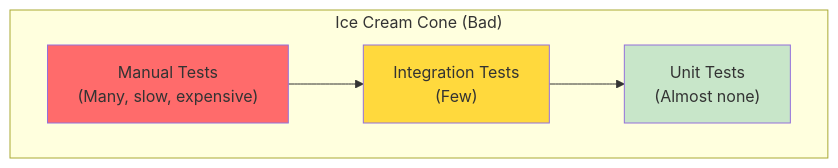
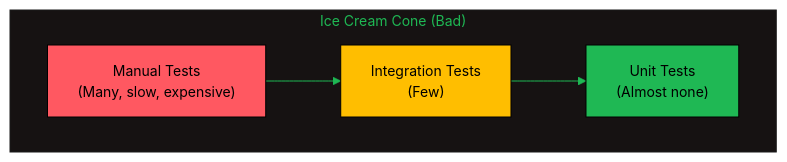
The third of 3 diagrams in career-path/10_Quality_and_Test_Engineering/01_Test_Strategy/02_Test_Levels_and_Scope.md (oat431/swe-knowledge), drawn with Mermaid before and after one commit. The commit also changed other lines of this file and 893 other files, not shown here.

````diff
--- a/career-path/10_Quality_and_Test_Engineering/01_Test_Strategy/02_Test_Levels_and_Scope.md
+++ b/career-path/10_Quality_and_Test_Engineering/01_Test_Strategy/02_Test_Levels_and_Scope.md
@@ -229,14 +231,15 @@
 ```mermaid
+%%{init: {'theme':'base','themeVariables':{'primaryColor':'#19362D','primaryTextColor':'#CDD3D1','primaryBorderColor':'#1FB854','lineColor':'#1FB854','background':'#1B1717','mainBkg':'#19362D','clusterBkg':'#161212','edgeLabelBackground':'#161212','titleColor':'#1FB854','fontSize':'14px'}}}%%
 flowchart TB
     subgraph "Ice Cream Cone (Bad)"
         A["Manual Tests\n(Many, slow, expensive)"]
         B["Integration Tests\n(Few)"]
         C["Unit Tests\n(Almost none)"]
     end
     
     A --> B --> C
     
-    style A fill:#FF6B6B
-    style B fill:#FFD93D
-    style C fill:#C8E6C9
+    style A fill:#FF5861,stroke:#000000,color:#000000
+    style B fill:#FFBE00,stroke:#000000,color:#000000
+    style C fill:#1FB854,stroke:#000000,color:#000000
 ```
````
